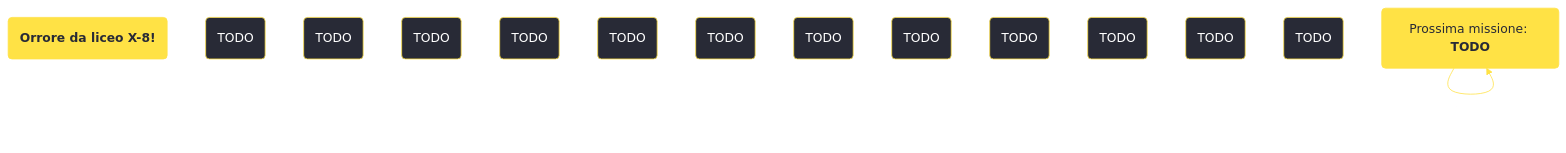
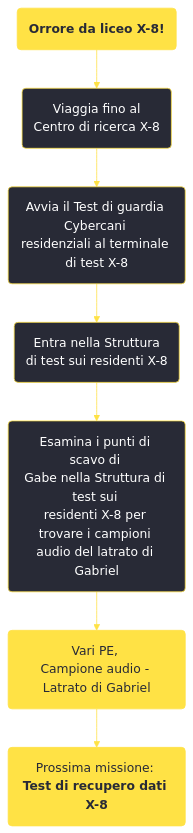
The diagram in content/voci/fallout new vegas/missioni/Orrore da liceo X-8.md (persy/wastelander), drawn with Mermaid before and after one commit. The commit also changed 174 other files, not shown here.

````diff
--- a/content/voci/fallout new vegas/missioni/Orrore da liceo X-8.md
+++ b/content/voci/fallout new vegas/missioni/Orrore da liceo X-8.md
@@ -32,24 +32,17 @@
 ```mermaid
 %%{init: {'theme': 'base', 'themeVariables': { 'primaryColor': '#282a36', 'primaryBorderColor': '#ffe245', 'primaryTextColor': '#fff', 'lineColor': '#ffe245', 'fontFamily': 'Jura'}}}%%
 graph TD;
     id1(<b>Orrore da liceo X-8!</b>):::questfnv
-    id2(TODO)
-    id3(TODO)
-    id4(TODO)
-    id5(TODO)
-    id6(TODO)
-    id7(TODO) 
-    id8(TODO)
-    id9(TODO)
-    id10(TODO)
-    id11(TODO)
-    id12(TODO)
-    id13(TODO) 
-    id(TODO):::rewardfnv
-    id(Prossima missione: <b>TODO</b>):::questfnv
-    id-->id-->id-->id-->id-->id-->id
+    id2(Viaggia fino al <br />Centro di ricerca X-8)
+    id3(Avvia il Test di guardia Cybercani <br />residenziali al terminale di test X-8)
+    id4(Entra nella Struttura <br />di test sui residenti X-8)
+    id5(Esamina i punti di scavo di <br />Gabe nella Struttura di test sui <br />residenti X-8 per trovare i campioni <br />audio del latrato di Gabriel)
+    id6(Vari PE, <br />Campione audio - Latrato di Gabriel):::rewardfnv
+    id7(Prossima missione: <b>Test di recupero dati X-8</b>):::questfnv
     
-    click id "../TODO"
+    id1-->id2-->id3-->id4-->id5-->id6-->id7
+    
+    click id7 "../test-di-recupero-dati-x-8"
     classDef rewardfnv fill:#ffe245, stroke:#ffe245, color:#282a36;
     classDef questfnv fill:#ffe245, stroke:#ffe245, color:#282a36;
 ```
````
